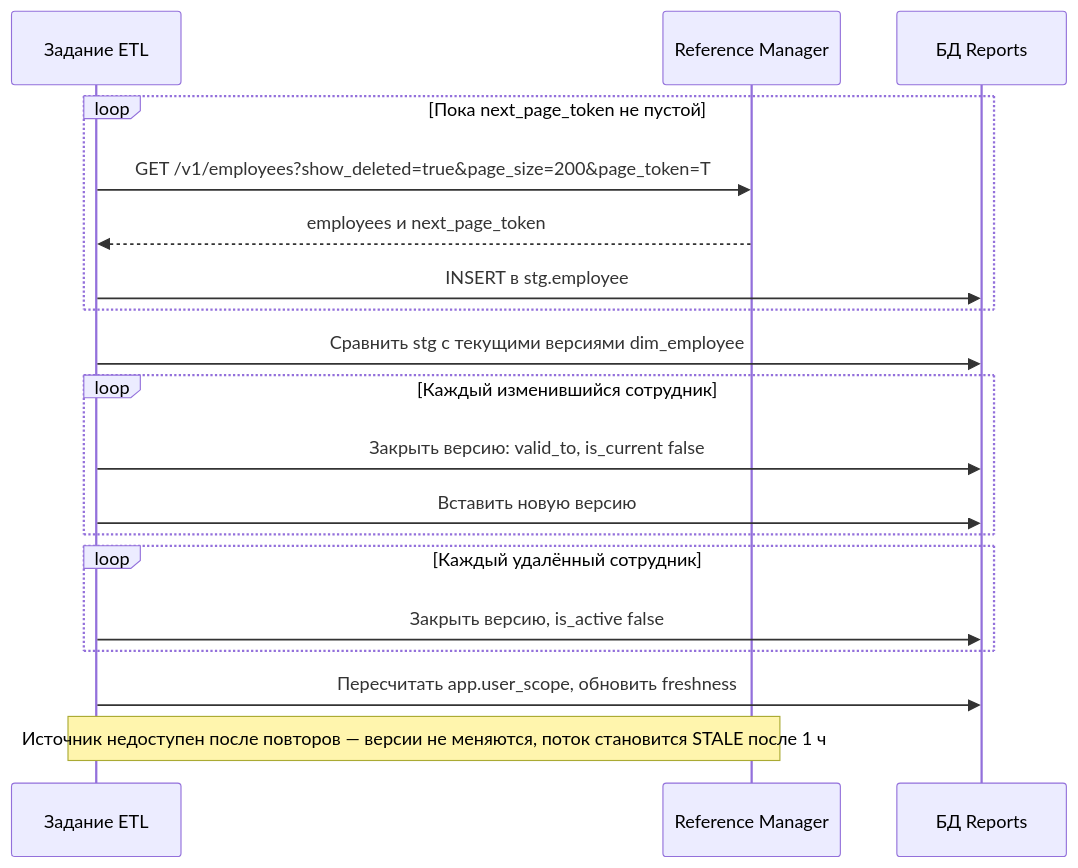
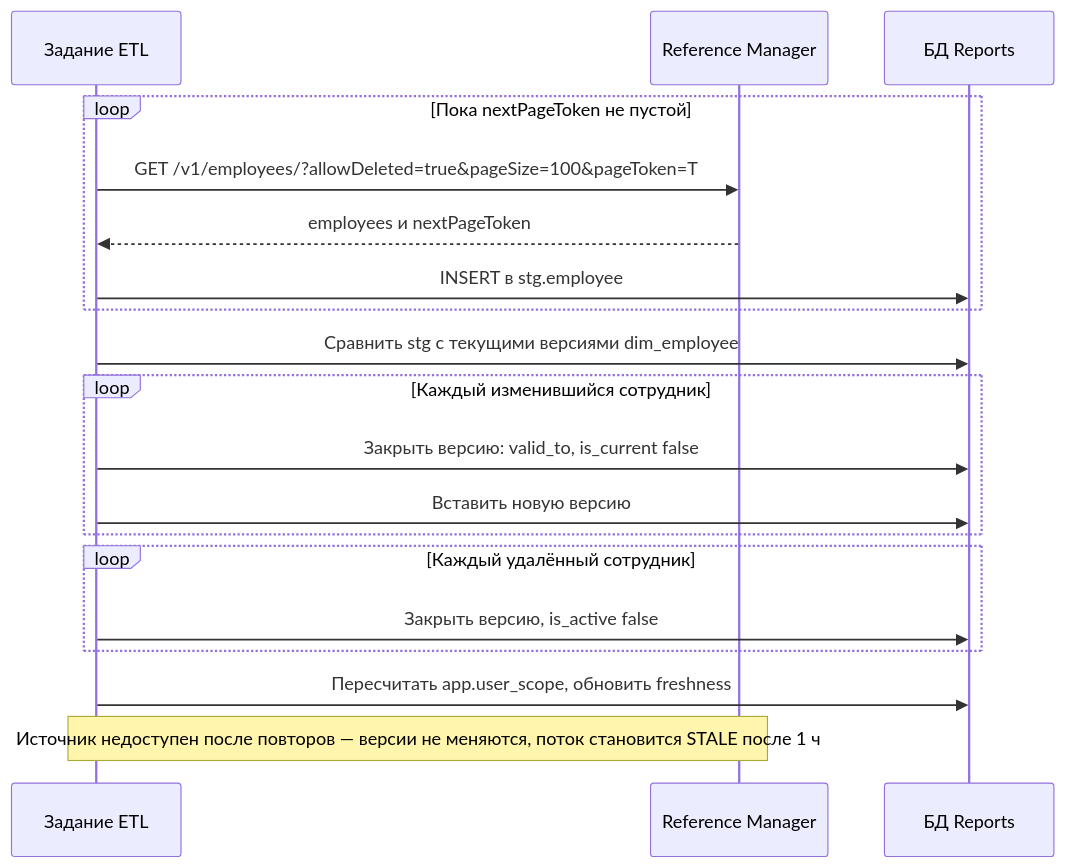
One commit to MEPhI-C22-501/arch-info-system-monorepo changed the fourth of 9 diagrams in reports/docs/155.sequence-diagrams.md. Above: the diagram before and after it, drawn with Mermaid. The commit also changed 149 other files, not shown here.

````diff
--- a/reports/docs/155.sequence-diagrams.md
+++ b/reports/docs/155.sequence-diagrams.md
@@ -133,21 +133,21 @@
 ```mermaid
 sequenceDiagram
     participant E as Задание ETL
     participant RM as Reference Manager
     participant DB as БД Reports
-    loop Пока next_page_token не пустой
-        E->>RM: GET /v1/employees?show_deleted=true&page_size=200&page_token=T
-        RM-->>E: employees и next_page_token
+    loop Пока nextPageToken не пустой
+        E->>RM: GET /v1/employees/?allowDeleted=true&pageSize=100&pageToken=T
+        RM-->>E: employees и nextPageToken
         E->>DB: INSERT в stg.employee
     end
     E->>DB: Сравнить stg с текущими версиями dim_employee
     loop Каждый изменившийся сотрудник
         E->>DB: Закрыть версию: valid_to, is_current false
         E->>DB: Вставить новую версию
     end
     loop Каждый удалённый сотрудник
         E->>DB: Закрыть версию, is_active false
     end
     E->>DB: Пересчитать app.user_scope, обновить freshness
     Note over E,RM: Источник недоступен после повторов — версии не меняются, поток становится STALE после 1 ч
 ```
````
